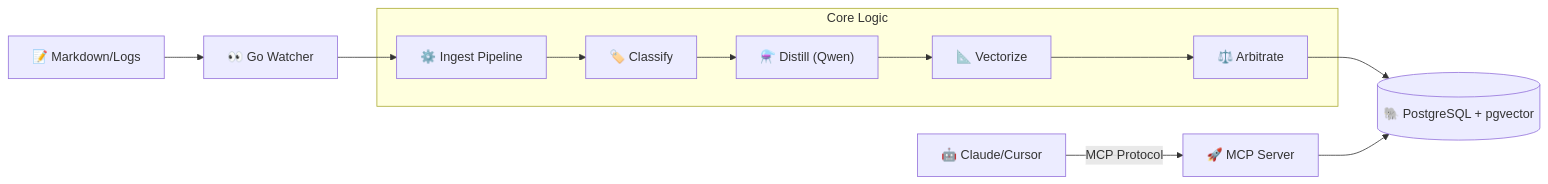
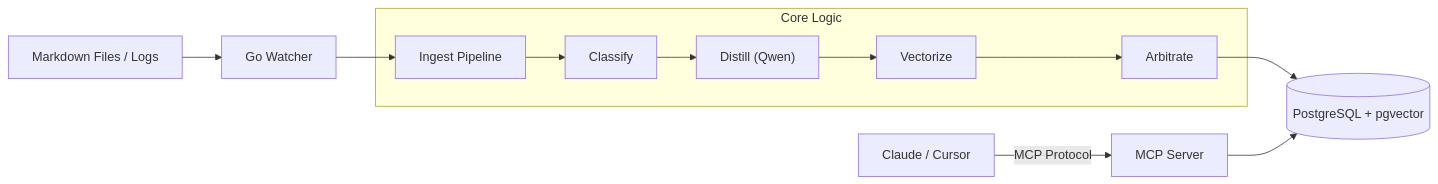
The diagram in README.md (HanFromTokyoDrift/agent-mem), drawn with Mermaid before and after one commit.

Commit message:
docs: remove emojis from Mermaid diagram to fix rendering issues

````diff
--- a/README.md
+++ b/README.md
@@ -22,17 +22,17 @@
 ```mermaid
 graph LR
-    File["📝 Markdown/Logs"] --> Watcher["👀 Go Watcher"]
-    Watcher --> Ingester["⚙️ Ingest Pipeline"]
+    File["Markdown Files / Logs"] --> Watcher["Go Watcher"]
+    Watcher --> Ingester["Ingest Pipeline"]
     
-    subgraph "Core Logic"
-        Ingester --> Classifier["🏷️ Classify"]
-        Classifier --> Distiller["⚗️ Distill (Qwen)"]
-        Distiller --> Embedder["📐 Vectorize"]
-        Embedder --> Arbiter["⚖️ Arbitrate"]
+    subgraph CoreLogic ["Core Logic"]
+        Ingester --> Classifier["Classify"]
+        Classifier --> Distiller["Distill (Qwen)"]
+        Distiller --> Embedder["Vectorize"]
+        Embedder --> Arbiter["Arbitrate"]
     end
     
-    Arbiter --> DB[("🐘 PostgreSQL + pgvector")]
+    Arbiter --> DB[("PostgreSQL + pgvector")]
     
-    User["🤖 Claude/Cursor"] -- MCP Protocol --> Server["🚀 MCP Server"]
+    User["Claude / Cursor"] -- MCP Protocol --> Server["MCP Server"]
     Server --> DB
 ```
````
